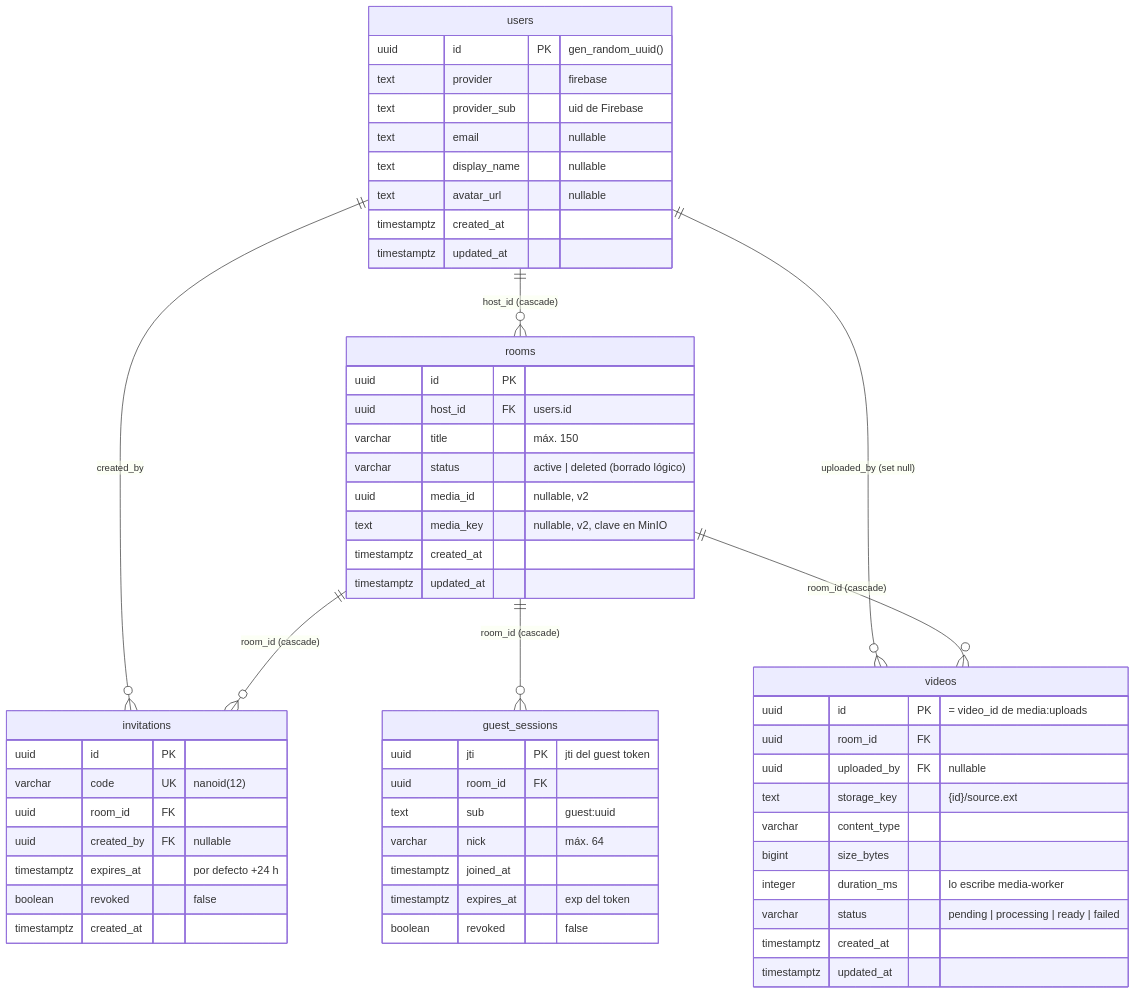
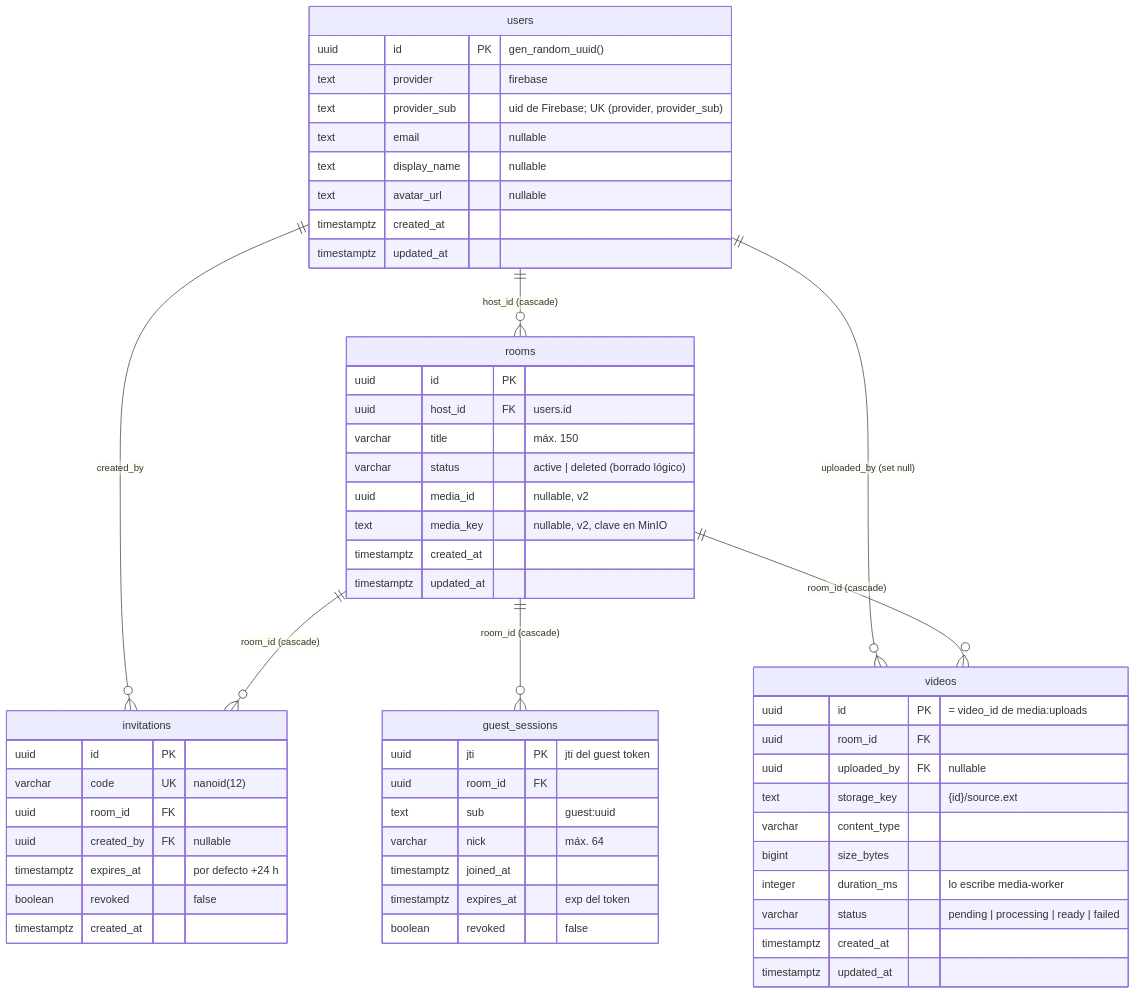
Before and after one commit to N1ghtlyC0de/TINT: the second of 9 diagrams in docs/usuarios-e-identidad.md, drawn with Mermaid. The commit also changed other lines of this file and 2 other files, not shown here.

````diff
--- a/docs/usuarios-e-identidad.md
+++ b/docs/usuarios-e-identidad.md
@@ -76,60 +76,60 @@
 ```mermaid
 erDiagram
     users ||--o{ rooms : "host_id (cascade)"
     users ||--o{ invitations : "created_by"
     users ||--o{ videos : "uploaded_by (set null)"
     rooms ||--o{ invitations : "room_id (cascade)"
     rooms ||--o{ guest_sessions : "room_id (cascade)"
     rooms ||--o{ videos : "room_id (cascade)"
 
     users {
         uuid id PK "gen_random_uuid()"
         text provider "firebase"
-        text provider_sub "uid de Firebase"
+        text provider_sub "uid de Firebase; UK (provider, provider_sub)"
         text email "nullable"
         text display_name "nullable"
         text avatar_url "nullable"
         timestamptz created_at
         timestamptz updated_at
     }
     rooms {
         uuid id PK
         uuid host_id FK "users.id"
         varchar title "máx. 150"
         varchar status "active | deleted (borrado lógico)"
         uuid media_id "nullable, v2"
         text media_key "nullable, v2, clave en MinIO"
         timestamptz created_at
         timestamptz updated_at
     }
     invitations {
         uuid id PK
         varchar code UK "nanoid(12)"
         uuid room_id FK
         uuid created_by FK "nullable"
         timestamptz expires_at "por defecto +24 h"
         boolean revoked "false"
         timestamptz created_at
     }
     guest_sessions {
         uuid jti PK "jti del guest token"
         uuid room_id FK
         text sub "guest:uuid"
         varchar nick "máx. 64"
         timestamptz joined_at
         timestamptz expires_at "exp del token"
         boolean revoked "false"
     }
     videos {
         uuid id PK "= video_id de media:uploads"
         uuid room_id FK
         uuid uploaded_by FK "nullable"
         text storage_key "{id}/source.ext"
         varchar content_type
         bigint size_bytes
         integer duration_ms "lo escribe media-worker"
         varchar status "pending | processing | ready | failed"
         timestamptz created_at
         timestamptz updated_at
     }
 ```
````
